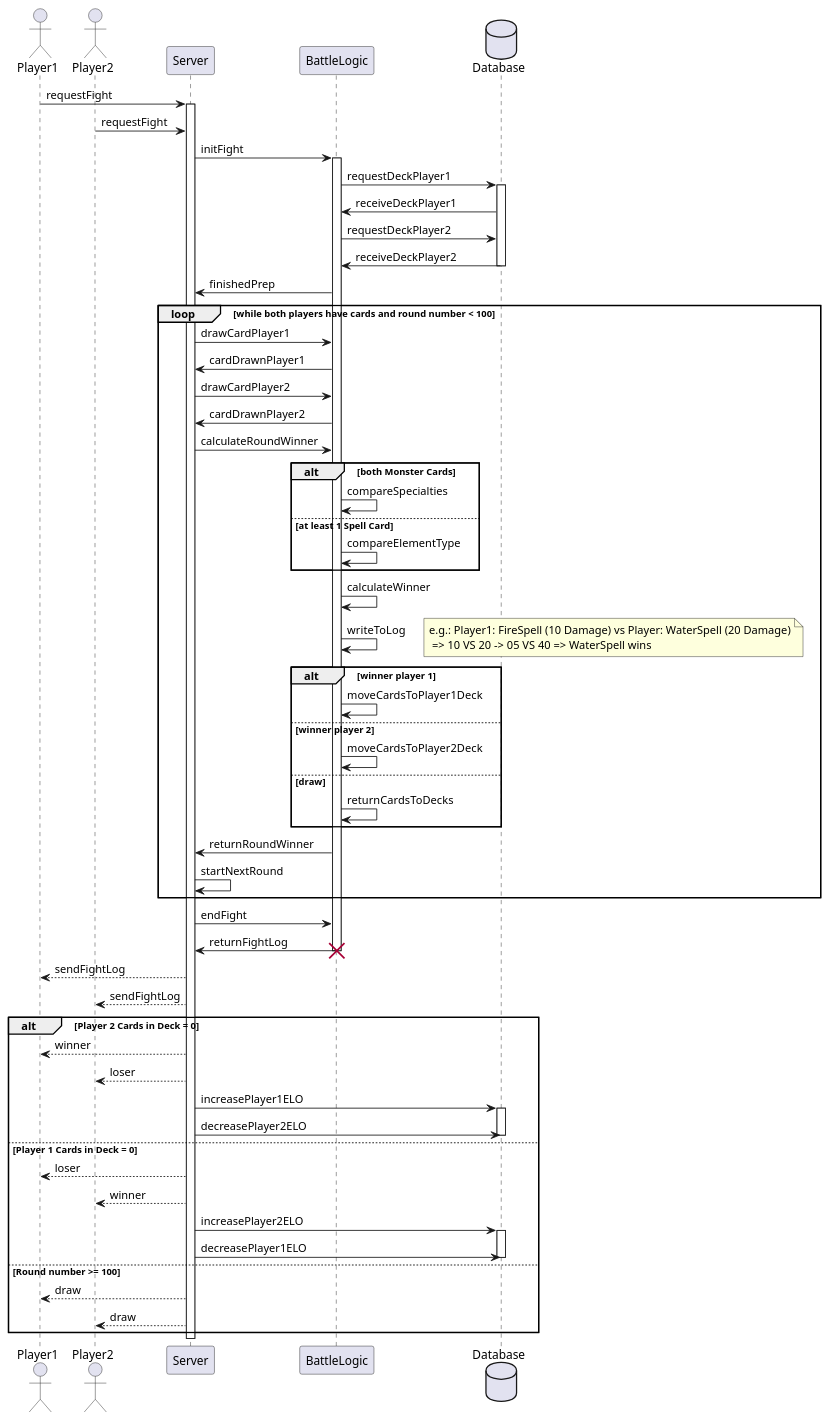
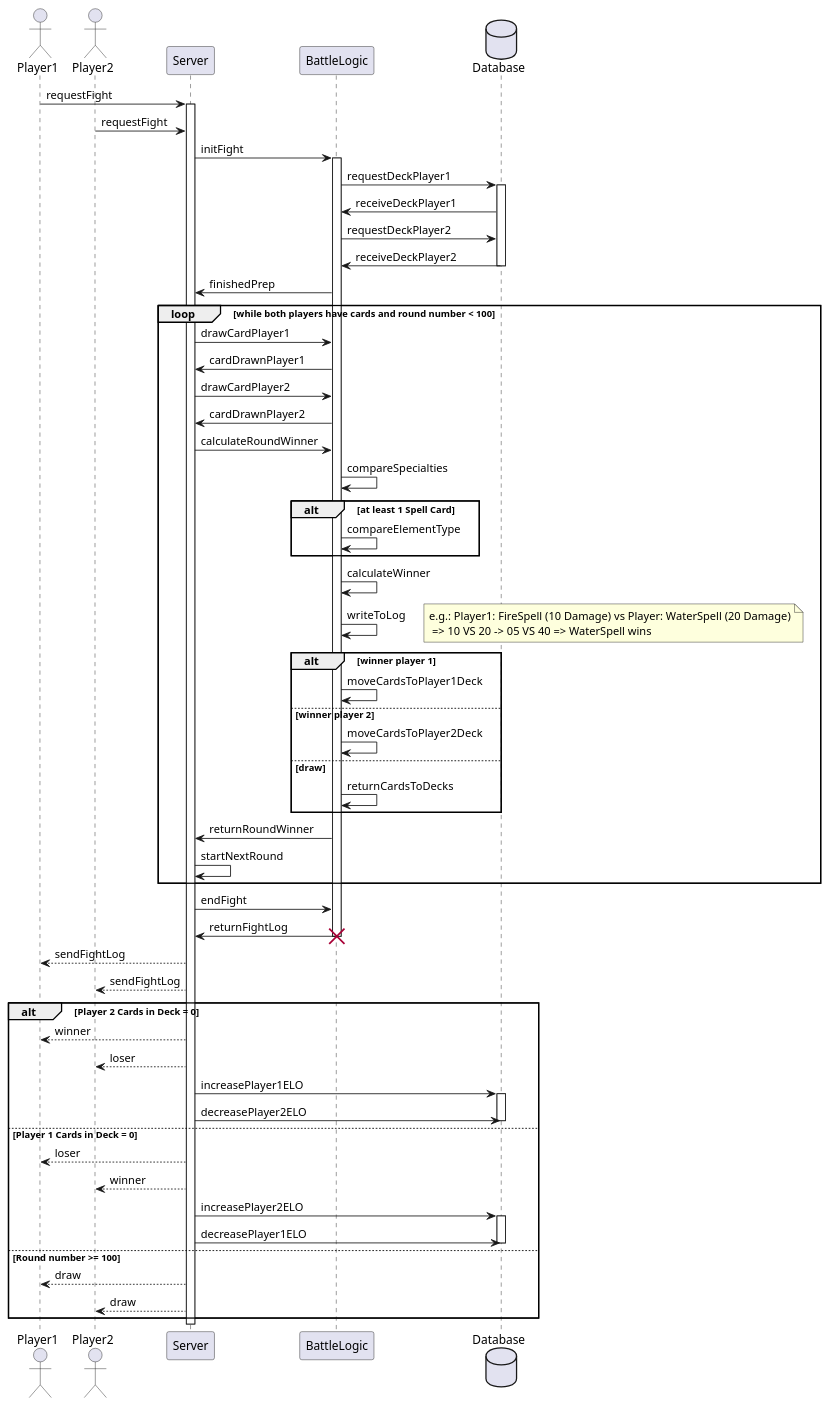
The diagram in Activity_Diagram_Battle.wsd (broteinheit/MonsterTradingCards), drawn with PlantUML before and after one commit. The commit also changed 3 other files, not shown here.

```diff
--- a/Activity_Diagram_Battle.wsd
+++ b/Activity_Diagram_Battle.wsd
@@ -1,80 +1,80 @@
 @startuml MonsterCardBattle
 actor       Player1     as Player1
 actor       Player2     as Player2
 participant Server      as Server
 participant BattleLogic as GameLogic 
 database    Database    as DB
 
 Player1 -> Server: requestFight
 activate Server
 Player2 -> Server: requestFight
 
 GameLogic <- Server: initFight
 activate GameLogic
 GameLogic -> DB: requestDeckPlayer1
 activate DB
 GameLogic <- DB: receiveDeckPlayer1
 GameLogic -> DB: requestDeckPlayer2
 GameLogic <- DB: receiveDeckPlayer2
 deactivate DB
 Server <- GameLogic: finishedPrep
 
 loop while both players have cards and round number < 100
     Server -> GameLogic: drawCardPlayer1
     GameLogic -> Server: cardDrawnPlayer1
     Server -> GameLogic: drawCardPlayer2
     GameLogic -> Server: cardDrawnPlayer2
 
     Server -> GameLogic: calculateRoundWinner
     
-    alt both Monster Cards
-        GameLogic -> GameLogic: compareSpecialties
-    else at least 1 Spell Card 
+    GameLogic -> GameLogic: compareSpecialties
+    
+    alt at least 1 Spell Card 
         GameLogic -> GameLogic: compareElementType
     end
 
     GameLogic -> GameLogic: calculateWinner
     GameLogic -> GameLogic: writeToLog
     note right: e.g.: Player1: FireSpell (10 Damage) vs Player: WaterSpell (20 Damage)\n => 10 VS 20 -> 05 VS 40 => WaterSpell wins
 
     alt winner player 1
         GameLogic -> GameLogic: moveCardsToPlayer1Deck
     else winner player 2
         GameLogic -> GameLogic: moveCardsToPlayer2Deck
     else draw
         GameLogic -> GameLogic: returnCardsToDecks
     end
 
     GameLogic -> Server: returnRoundWinner 
 
     Server -> Server: startNextRound
 end
 
 Server -> GameLogic: endFight
 GameLogic -> Server: returnFightLog
 destroy GameLogic
 
 Player1 <-- Server: sendFightLog
 Player2 <-- Server: sendFightLog
 
 alt Player 2 Cards in Deck = 0
     Server --> Player1: winner
     Server --> Player2: loser
     Server -> DB: increasePlayer1ELO
     activate DB
     Server -> DB: decreasePlayer2ELO
     deactivate DB
 else Player 1 Cards in Deck = 0
     Server --> Player1: loser
     Server --> Player2: winner
     Server -> DB: increasePlayer2ELO
     activate DB
     Server -> DB: decreasePlayer1ELO
     deactivate DB
 else Round number >= 100
     Server --> Player1: draw
     Server --> Player2: draw
 end
 
 deactivate Server
 @enduml
```
